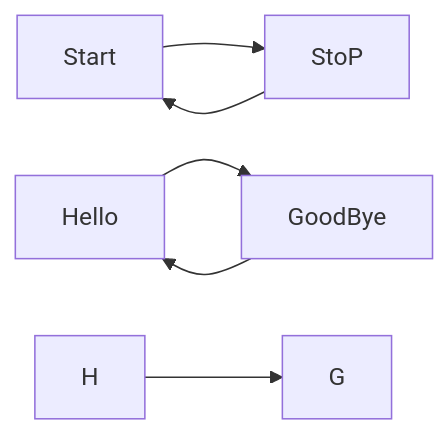
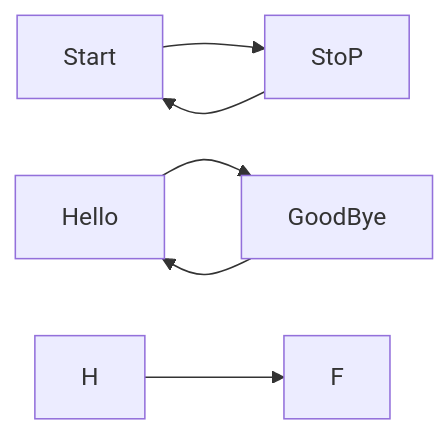
One commit to NU-Teams/TEST-MERMAIDJS-ACTION changed the diagram in README.md. Above: the diagram before and after it, drawn with Mermaid. The commit also changed 1 other file, not shown here.

````diff
--- a/README.md
+++ b/README.md
@@ -7,9 +7,9 @@
 ```mermaid
 flowchart LR
     Start --> StoP
     StoP --> Start
     Hello --> GoodBye
     GoodBye --> Hello
-    H --> G
+    H --> F
     
 ```
````
